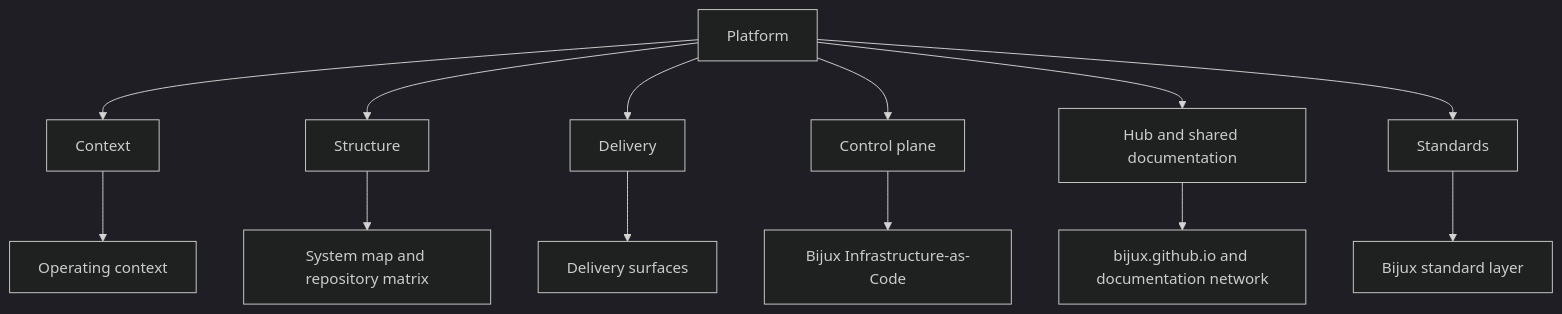
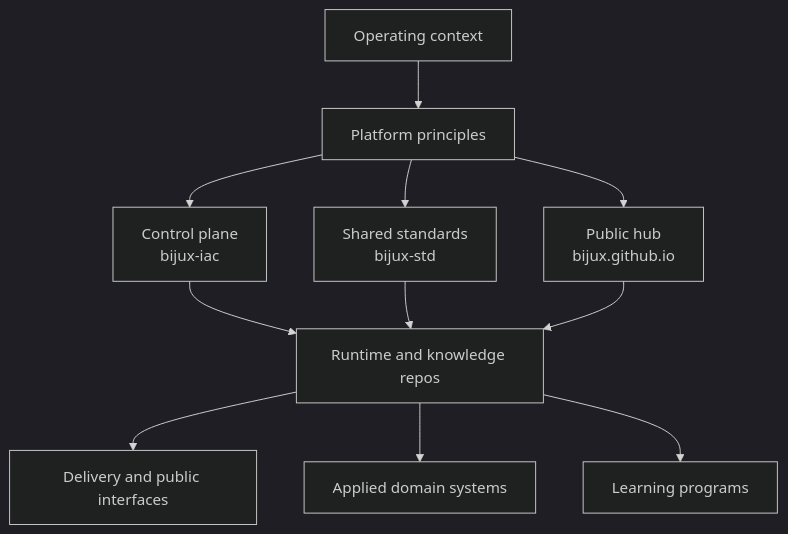
One commit to bijux/bijux.github.io changed the diagram in docs/01-platform/index.md. Above: the diagram before and after it, drawn with Mermaid (dark theme). The commit also changed other lines of this file, not shown here.

Commit message:
docs(platform): redesign overview map

````diff
--- a/docs/01-platform/index.md
+++ b/docs/01-platform/index.md
@@ -29,16 +29,15 @@
 ```mermaid
 graph TD
-    platform["Platform"] --> context["Context"]
-    platform --> structure["Structure"]
-    platform --> delivery["Delivery"]
-    platform --> control["Control plane"]
-    platform --> docs["Hub and shared documentation"]
-    platform --> standards["Standards"]
+    context["Operating context"] --> principles["Platform principles"]
+    principles --> control["Control plane<br/>bijux-iac"]
+    principles --> standards["Shared standards<br/>bijux-std"]
+    principles --> hub["Public hub<br/>bijux.github.io"]
 
-    context --> operating["Operating context"]
-    structure --> maps["System map and repository matrix"]
-    delivery --> surfaces["Delivery surfaces"]
-    control --> iac["Bijux Infrastructure-as-Code"]
-    docs --> hub["bijux.github.io and documentation network"]
-    standards --> std["Bijux standard layer"]
+    control --> runtime["Runtime and knowledge repos"]
+    standards --> runtime
+    hub --> runtime
+
+    runtime --> delivery["Delivery and public interfaces"]
+    runtime --> domains["Applied domain systems"]
+    runtime --> learning["Learning programs"]
 ```
````
